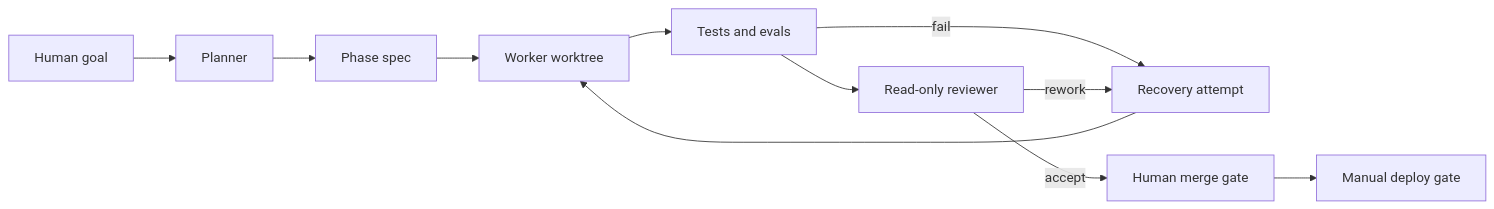
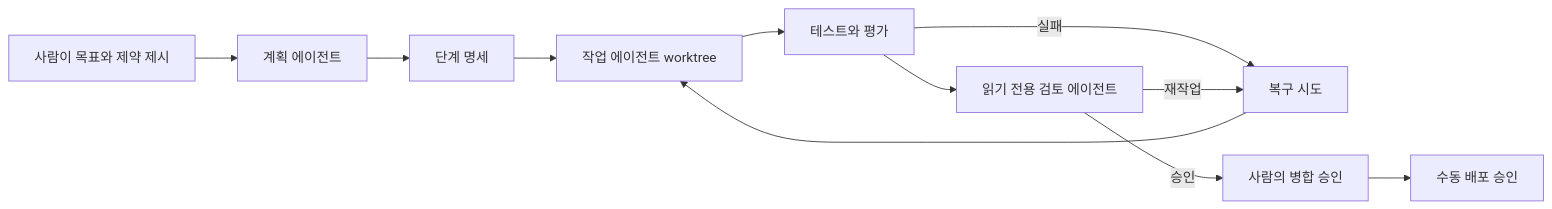
One commit to grapefruit0205/ai-agent-site-harness changed the diagram in README.md. Above: the diagram before and after it, drawn with Mermaid. The commit also changed other lines of this file and 34 other files, not shown here.

````diff
--- a/README.md
+++ b/README.md
@@ -23,13 +23,13 @@
 ```mermaid
 flowchart LR
-    H[Human goal] --> P[Planner]
-    P --> S[Phase spec]
-    S --> W[Worker worktree]
-    W --> T[Tests and evals]
-    T --> R[Read-only reviewer]
-    T -->|fail| F[Recovery attempt]
-    R -->|rework| F
+    H[사람이 목표와 제약 제시] --> P[계획 에이전트]
+    P --> S[단계 명세]
+    S --> W[작업 에이전트 worktree]
+    W --> T[테스트와 평가]
+    T --> R[읽기 전용 검토 에이전트]
+    T -->|실패| F[복구 시도]
+    R -->|재작업| F
     F --> W
-    R -->|accept| G[Human merge gate]
-    G --> D[Manual deploy gate]
+    R -->|승인| G[사람의 병합 승인]
+    G --> D[수동 배포 승인]
 ```
````
